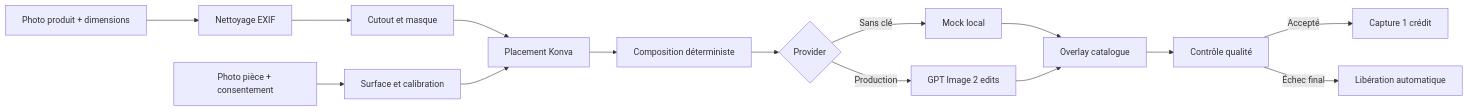
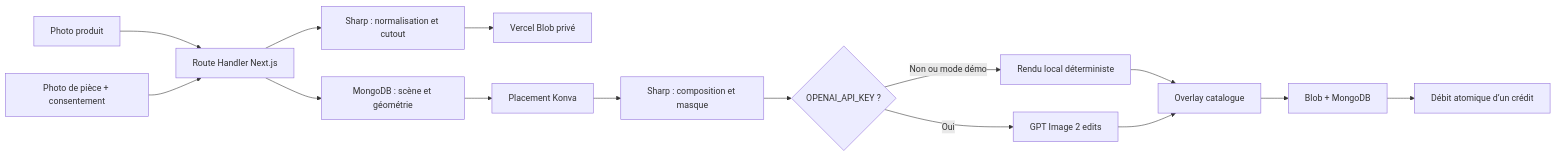
One commit to GameNotCreator/lilidecoai changed the diagram in docs/architecture.md. Above: the diagram before and after it, drawn with Mermaid. The commit also changed other lines of this file and 83 other files, not shown here.

Commit message:
migrate backend to Next.js and MongoDB

````diff
--- a/docs/architecture.md
+++ b/docs/architecture.md
@@ -18,17 +20,17 @@
 ```mermaid
 flowchart LR
-    A["Photo produit + dimensions"] --> B["Nettoyage EXIF"]
-    B --> C["Cutout et masque"]
-    D["Photo pièce + consentement"] --> E["Surface et calibration"]
-    C --> F["Placement Konva"]
-    E --> F
-    F --> G["Composition déterministe"]
-    G --> H{"Provider"}
-    H -->|Sans clé| I["Mock local"]
-    H -->|Production| J["GPT Image 2 edits"]
-    I --> K["Overlay catalogue"]
-    J --> K
-    K --> L["Contrôle qualité"]
-    L -->|Accepté| M["Capture 1 crédit"]
-    L -->|Échec final| N["Libération automatique"]
+    A["Photo produit"] --> B["Route Handler Next.js"]
+    B --> C["Sharp : normalisation et cutout"]
+    C --> D["Vercel Blob privé"]
+    E["Photo de pièce + consentement"] --> B
+    B --> F["MongoDB : scène et géométrie"]
+    F --> G["Placement Konva"]
+    G --> H["Sharp : composition et masque"]
+    H --> I{"OPENAI_API_KEY ?"}
+    I -->|Non ou mode démo| J["Rendu local déterministe"]
+    I -->|Oui| K["GPT Image 2 edits"]
+    J --> L["Overlay catalogue"]
+    K --> L
+    L --> M["Blob + MongoDB"]
+    M --> N["Débit atomique d’un crédit"]
 ```
````
